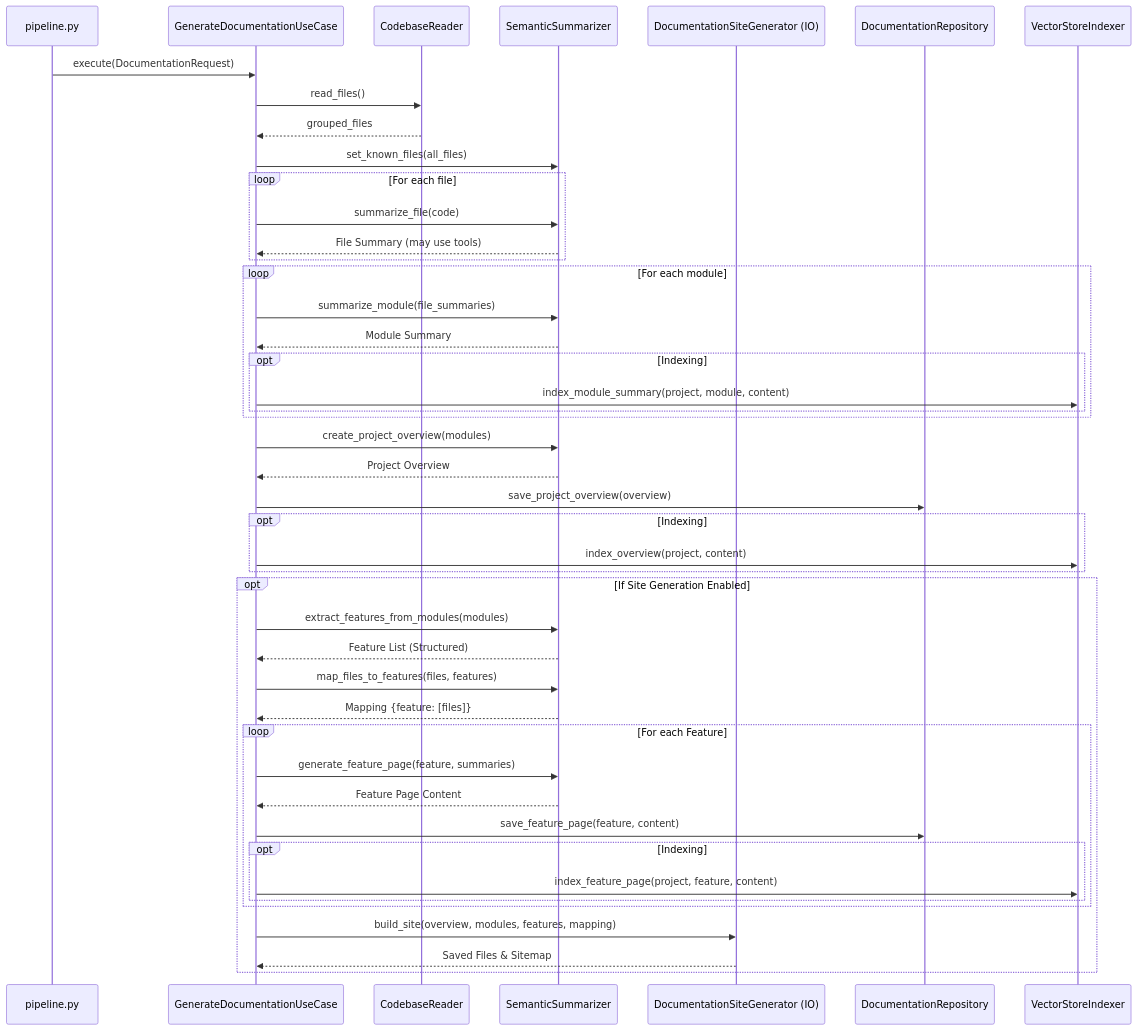
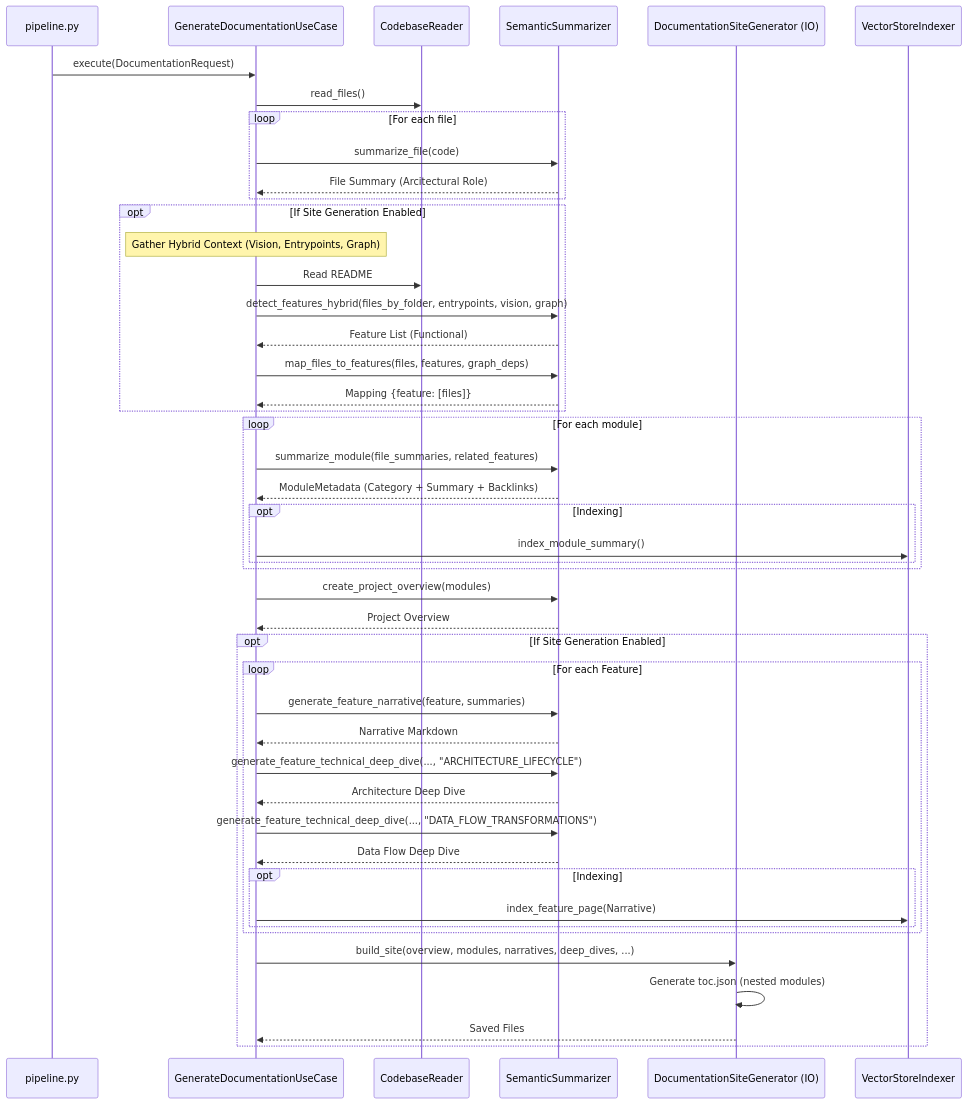
Before and after one commit to cyberbobjr/open-deepwiki: the fifth of 7 diagrams in ARCHITECTURE.md, drawn with Mermaid. The commit also changed other lines of this file and 10 other files, not shown here.

Commit message:
feat: Implémente une pipeline de documentation hybride avec extraction de features, résumés contextuels de modules, et génération de pages de features narratives et techniques.

````diff
--- a/ARCHITECTURE.md
+++ b/ARCHITECTURE.md
@@ -266,61 +287,68 @@
 ```mermaid
 sequenceDiagram
     participant Pipeline as pipeline.py
     participant UC as GenerateDocumentationUseCase
     participant Reader as CodebaseReader
     participant Summarizer as SemanticSummarizer
     participant SiteGen as DocumentationSiteGenerator (IO)
-    participant Repo as DocumentationRepository
     participant Indexer as VectorStoreIndexer
 
     Pipeline->>UC: execute(DocumentationRequest)
-    UC->>Reader: read_files()
-    Reader-->>UC: grouped_files
-    UC->>Summarizer: set_known_files(all_files)
     
     %% 1. Semantic File Summaries
+    UC->>Reader: read_files()
     loop For each file
         UC->>Summarizer: summarize_file(code)
-        Summarizer-->>UC: File Summary (may use tools)
+        Summarizer-->>UC: File Summary (Arcitectural Role)
     end
     
-    %% 2. Module Summaries
+    %% 2. Feature Extraction & Hybrid Discovery (Moved Up)
+    opt If Site Generation Enabled
+        Note over UC: Gather Hybrid Context (Vision, Entrypoints, Graph)
+        UC->>Reader: Read README
+        
+        UC->>Summarizer: detect_features_hybrid(files_by_folder, entrypoints, vision, graph)
+        Summarizer-->>UC: Feature List (Functional)
+        
+        UC->>Summarizer: map_files_to_features(files, features, graph_deps)
+        Summarizer-->>UC: Mapping {feature: [files]}
+    end
+
+    %% 3. Module Summaries & Metadata (Context-Aware)
     loop For each module
-        UC->>Summarizer: summarize_module(file_summaries)
-        Summarizer-->>UC: Module Summary
+        UC->>Summarizer: summarize_module(file_summaries, related_features)
+        Summarizer-->>UC: ModuleMetadata (Category + Summary + Backlinks)
         opt Indexing
-            UC->>Indexer: index_module_summary(project, module, content)
+            UC->>Indexer: index_module_summary()
         end
     end
     
-    %% 3. Project Overview
+    %% 4. Project Overview
     UC->>Summarizer: create_project_overview(modules)
     Summarizer-->>UC: Project Overview
-    UC->>Repo: save_project_overview(overview)
     
-    opt Indexing
-        UC->>Indexer: index_overview(project, content)
-    end
-    
-    %% 4. Feature Extraction & Generation
+    %% 5. Feature Pages Generation
     opt If Site Generation Enabled
-        UC->>Summarizer: extract_features_from_modules(modules)
-        Summarizer-->>UC: Feature List (Structured)
-        
-        UC->>Summarizer: map_files_to_features(files, features)
-        Summarizer-->>UC: Mapping {feature: [files]}
-        
         loop For each Feature
-            UC->>Summarizer: generate_feature_page(feature, summaries)
-            Summarizer-->>UC: Feature Page Content
-            UC->>Repo: save_feature_page(feature, content)
+            %% 5a. Functional Narrative ("The Story")
+            UC->>Summarizer: generate_feature_narrative(feature, summaries)
+            Summarizer-->>UC: Narrative Markdown
+            
+            %% 5b. Technical Deep Dives (Facets)
+            UC->>Summarizer: generate_feature_technical_deep_dive(..., "ARCHITECTURE_LIFECYCLE")
+            Summarizer-->>UC: Architecture Deep Dive
+            
+            UC->>Summarizer: generate_feature_technical_deep_dive(..., "DATA_FLOW_TRANSFORMATIONS")
+            Summarizer-->>UC: Data Flow Deep Dive
+            
             opt Indexing
-                UC->>Indexer: index_feature_page(project, feature, content)
+                UC->>Indexer: index_feature_page(Narrative)
             end
         end
 
-        %% 5. Persistence (Site Generation)
-        UC->>SiteGen: build_site(overview, modules, features, mapping)
-        SiteGen-->>UC: Saved Files & Sitemap
+        %% 6. Persistence (Nested Site Generation)
+        UC->>SiteGen: build_site(overview, modules, narratives, deep_dives, ...)
+        SiteGen->>SiteGen: Generate toc.json (nested modules)
+        SiteGen-->>UC: Saved Files
     end
 ```
````
